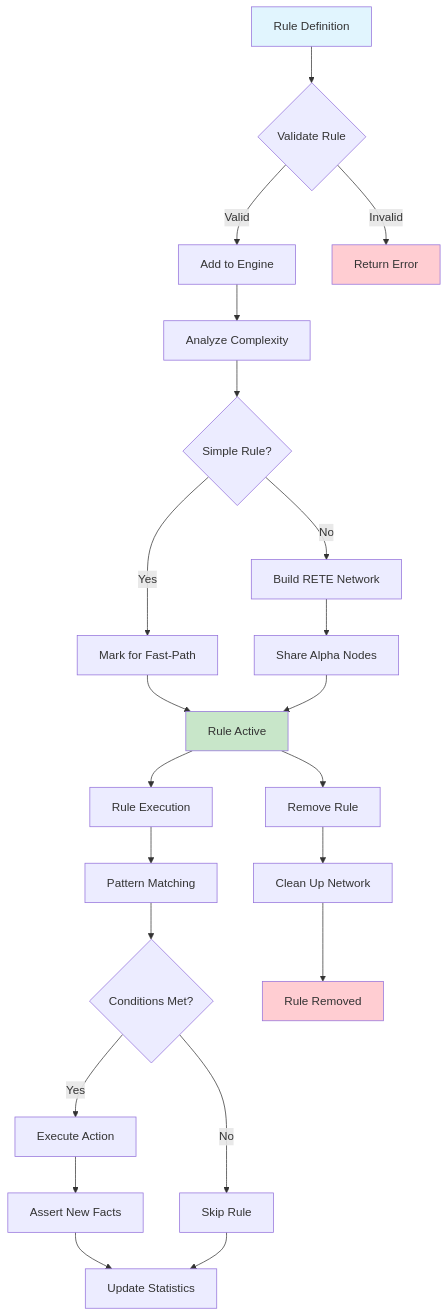
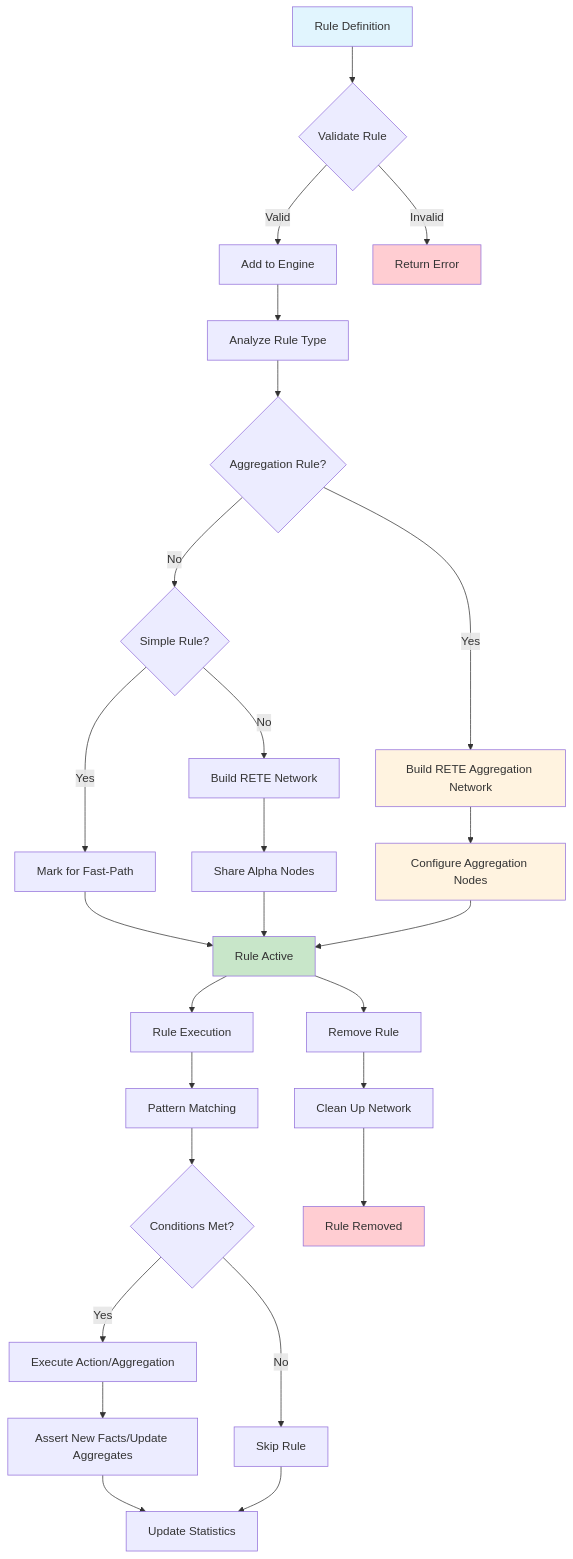
One commit to hl/presto changed the second of 10 diagrams in specs/api_design.md. Above: the diagram before and after it, drawn with Mermaid. The commit also changed other lines of this file and 11 other files, not shown here.

````diff
--- a/specs/api_design.md
+++ b/specs/api_design.md
@@ -83,34 +84,41 @@
 ```mermaid
 flowchart TD
     A[Rule Definition] --> B{Validate Rule}
     B -->|Valid| C[Add to Engine]
     B -->|Invalid| D[Return Error]
     
-    C --> E[Analyze Complexity]
-    E --> F{Simple Rule?}
-    F -->|Yes| G[Mark for Fast-Path]
-    F -->|No| H[Build RETE Network]
+    C --> E[Analyze Rule Type]
+    E --> F{Aggregation Rule?}
+    F -->|Yes| G[Build RETE Aggregation Network]
+    F -->|No| H{Simple Rule?}
     
-    G --> I[Rule Active]
-    H --> J[Share Alpha Nodes]
-    J --> I
+    H -->|Yes| I[Mark for Fast-Path]
+    H -->|No| J[Build RETE Network]
     
-    I --> K[Rule Execution]
-    K --> L[Pattern Matching]
-    L --> M{Conditions Met?}
-    M -->|Yes| N[Execute Action]
-    M -->|No| O[Skip Rule]
+    I --> K[Rule Active]
+    J --> L[Share Alpha Nodes]
+    G --> M[Configure Aggregation Nodes]
+    L --> K
+    M --> K
     
-    N --> P[Assert New Facts]
-    P --> Q[Update Statistics]
-    O --> Q
+    K --> N[Rule Execution]
+    N --> O[Pattern Matching]
+    O --> P{Conditions Met?}
+    P -->|Yes| Q[Execute Action/Aggregation]
+    P -->|No| R[Skip Rule]
     
-    I --> R[Remove Rule]
-    R --> S[Clean Up Network]
-    S --> T[Rule Removed]
+    Q --> S[Assert New Facts/Update Aggregates]
+    S --> T[Update Statistics]
+    R --> T
+    
+    K --> U[Remove Rule]
+    U --> V[Clean Up Network]
+    V --> W[Rule Removed]
     
     style A fill:#e1f5fe
-    style I fill:#c8e6c9
-    style T fill:#ffcdd2
+    style K fill:#c8e6c9
+    style W fill:#ffcdd2
     style D fill:#ffcdd2
+    style G fill:#fff3e0
+    style M fill:#fff3e0
 ```
````
